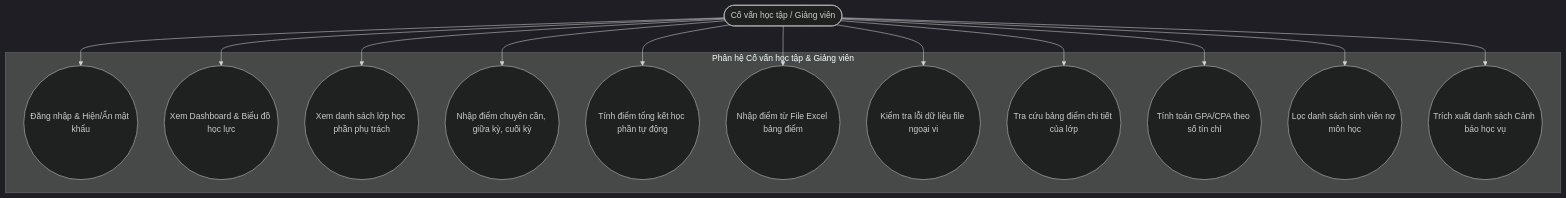
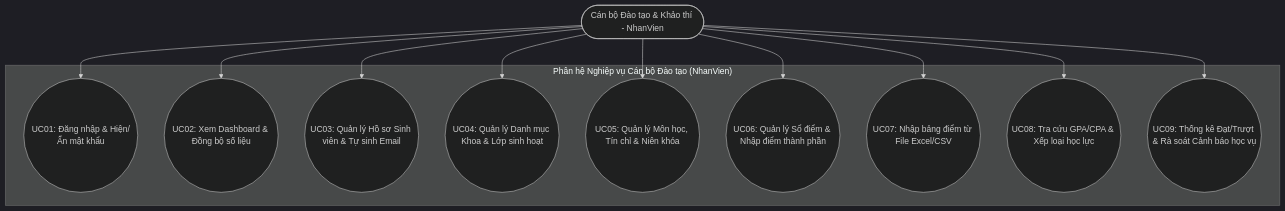
Before and after one commit to ngthanhs1/STUDENT_RESULT_ANALYTICS: the third of 15 diagrams in BAO_CAO_BAI_TAP_LON_STUDENT_RESULT_ANALYTICS.md, drawn with Mermaid (dark theme). The commit also changed other lines of this file and 5 other files, not shown here.

````diff
--- a/BAO_CAO_BAI_TAP_LON_STUDENT_RESULT_ANALYTICS.md
+++ b/BAO_CAO_BAI_TAP_LON_STUDENT_RESULT_ANALYTICS.md
@@ -392,30 +390,26 @@
 ```mermaid
 flowchart TD
-    Lecturer([Cố vấn học tập / Giảng viên])
+    Staff([Cán bộ Đào tạo & Khảo thí - NhanVien])
 
-    subgraph LecturerModule ["Phân hệ Cố vấn học tập & Giảng viên"]
-        UC01((Đăng nhập & Hiện/Ẩn mật khẩu))
-        UC02((Xem Dashboard & Biểu đồ học lực))
-        UC06_1((Xem danh sách lớp học phần phụ trách))
-        UC06_2((Nhập điểm chuyên cần, giữa kỳ, cuối kỳ))
-        UC06_3((Tính điểm tổng kết học phần tự động))
-        UC07_1((Nhập điểm từ File Excel bảng điểm))
-        UC07_2((Kiểm tra lỗi dữ liệu file ngoại vi))
-        UC08_1((Tra cứu bảng điểm chi tiết của lớp))
-        UC08_2((Tính toán GPA/CPA theo số tín chỉ))
-        UC09_1((Lọc danh sách sinh viên nợ môn học))
-        UC09_2((Trích xuất danh sách Cảnh báo học vụ))
+    subgraph StaffModule ["Phân hệ Nghiệp vụ Cán bộ Đào tạo (NhanVien)"]
+        UC01((UC01: Đăng nhập & Hiện/Ẩn mật khẩu))
+        UC02((UC02: Xem Dashboard & Đồng bộ số liệu))
+        UC03((UC03: Quản lý Hồ sơ Sinh viên & Tự sinh Email))
+        UC04((UC04: Quản lý Danh mục Khoa & Lớp sinh hoạt))
+        UC05((UC05: Quản lý Môn học, Tín chỉ & Niên khóa))
+        UC06((UC06: Quản lý Sổ điểm & Nhập điểm thành phần))
+        UC07((UC07: Nhập bảng điểm từ File Excel/CSV))
+        UC08((UC08: Tra cứu GPA/CPA & Xếp loại học lực))
+        UC09((UC09: Thống kê Đạt/Trượt & Rà soát Cảnh báo học vụ))
     end
 
-    Lecturer --> UC01
-    Lecturer --> UC02
-    Lecturer --> UC06_1
-    Lecturer --> UC06_2
-    Lecturer --> UC06_3
-    Lecturer --> UC07_1
-    Lecturer --> UC07_2
-    Lecturer --> UC08_1
-    Lecturer --> UC08_2
-    Lecturer --> UC09_1
-    Lecturer --> UC09_2
+    Staff --> UC01
+    Staff --> UC02
+    Staff --> UC03
+    Staff --> UC04
+    Staff --> UC05
+    Staff --> UC06
+    Staff --> UC07
+    Staff --> UC08
+    Staff --> UC09
 ```
````
